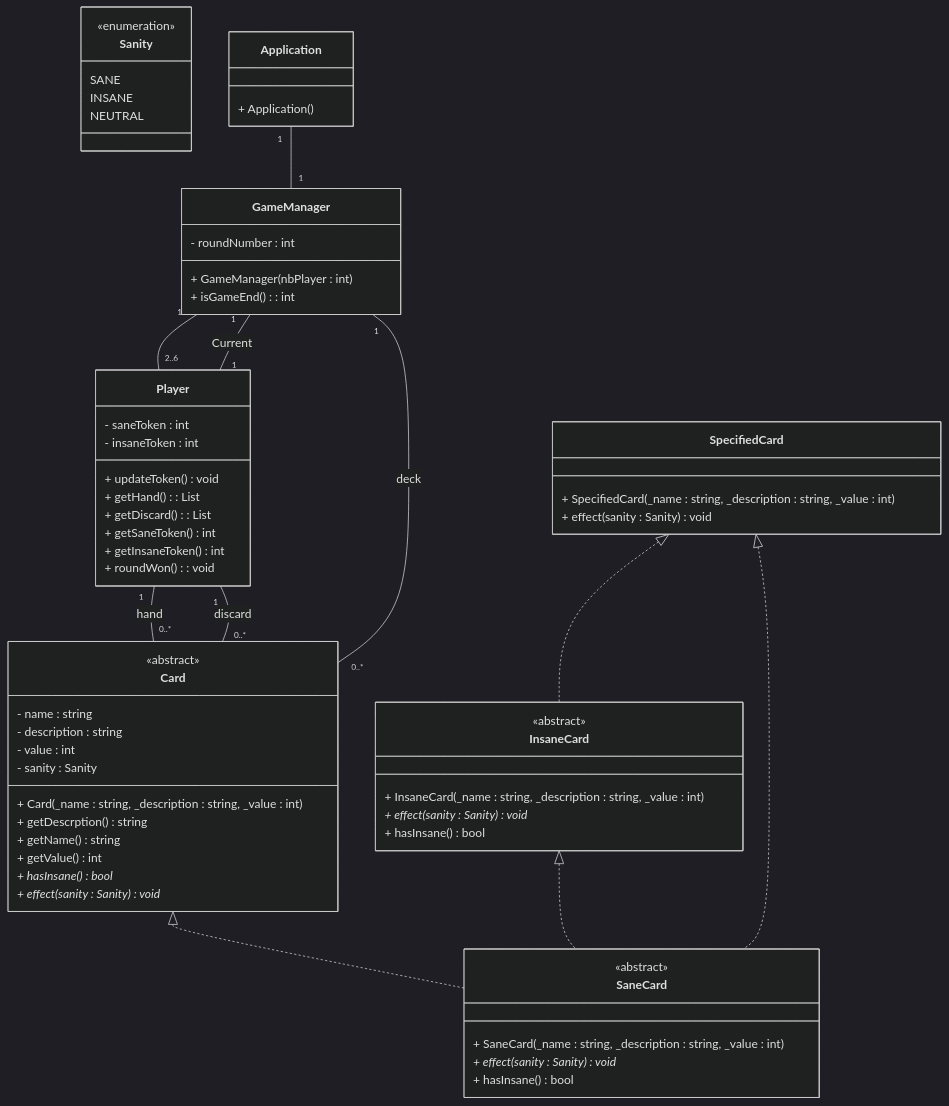
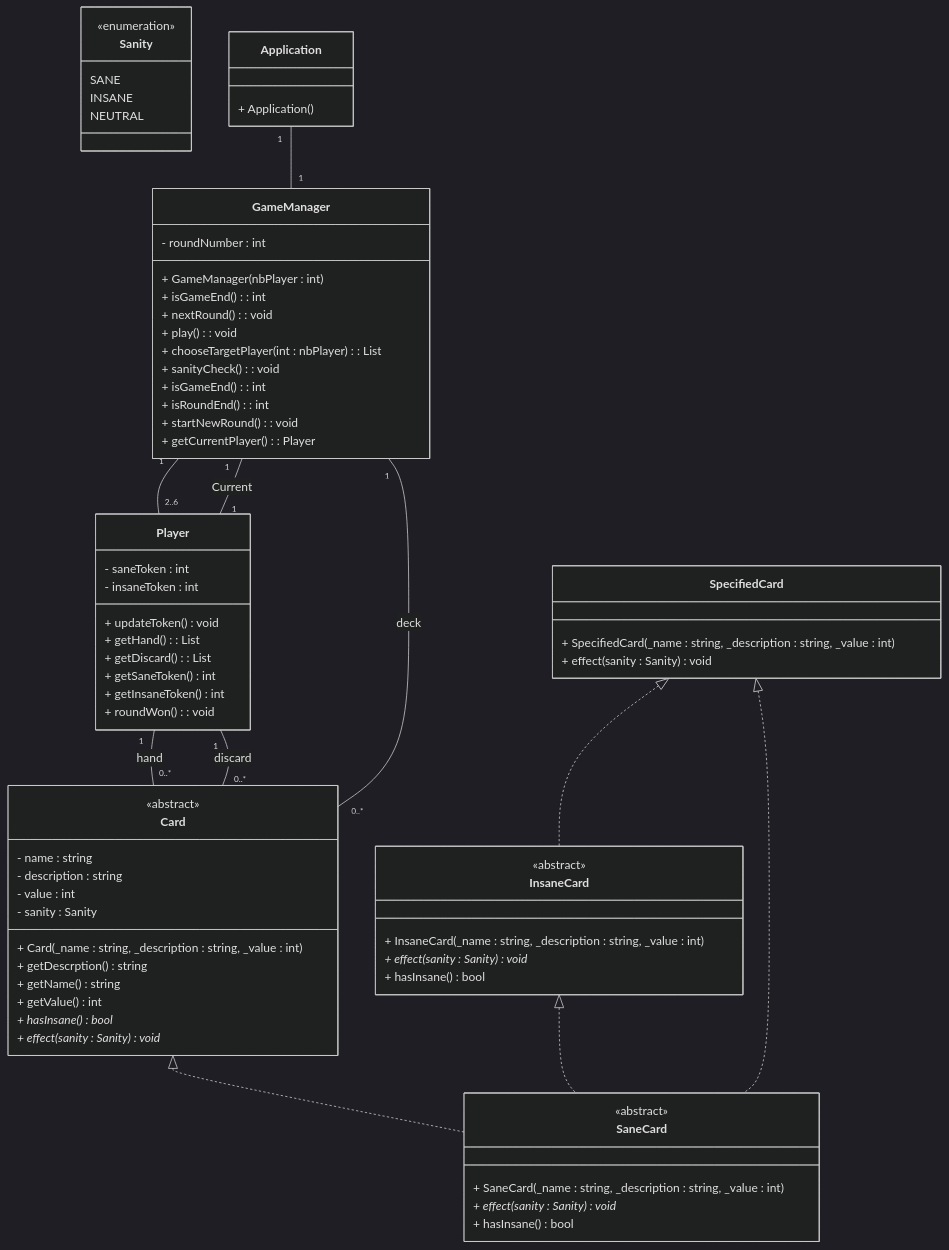
The diagram in docs/uml.mmd (Marsevil/LovecraftLetter_IA), drawn with Mermaid (dark theme) before and after one commit. The commit also changed 5 other files, not shown here.

First line of the commit message:
docs(*): Update uml diagram & Change function hasInsane to Static.

```diff
--- a/docs/uml.mmd
+++ b/docs/uml.mmd
@@ -1,75 +1,83 @@
 classDiagram
     class Sanity {
     <<enumeration>>
         SANE
         INSANE
         NEUTRAL
     }
 
     class Card {
     <<abstract>>
         - name : string
         - description : string
         - value : int
         - sanity : Sanity
 
         + Card(_name : string, _description : string, _value : int)
         + getDescrption() string
         + getName() string
         + getValue() int
         + hasInsane()* bool
         + effect(sanity : Sanity)* void
     }
 
     class SaneCard {
     <<abstract>>
         + SaneCard(_name : string, _description : string, _value : int)
         + effect(sanity : Sanity)* void
         + hasInsane() bool
     }
 
     class InsaneCard {
     <<abstract>>
         + InsaneCard(_name : string, _description : string, _value : int)
         + effect(sanity : Sanity)* void
         + hasInsane() bool
     }
 
     class SpecifiedCard {
         + SpecifiedCard(_name : string, _description : string, _value : int)
         + effect(sanity : Sanity) void
     }
 
     class GameManager {
         - roundNumber : int
 
         + GameManager(nbPlayer : int)
         + isGameEnd() : int
+        + nextRound() : void
+        + play() : void
+        + chooseTargetPlayer(int : nbPlayer) : List<Player>
+        + sanityCheck() : void
+        + isGameEnd() : int
+        + isRoundEnd() : int
+        + startNewRound() : void
+        + getCurrentPlayer() : Player
     }
 
     class Player {
         - saneToken : int
         - insaneToken : int
 
         + updateToken() void
         + getHand() : List<Card>
         + getDiscard() : List<Card>
         + getSaneToken() int
         + getInsaneToken() int
         + roundWon() : void
     }
 
     class Application {
         + Application()
     }
 
     Card <|.. SaneCard
     InsaneCard <|.. SaneCard
     SpecifiedCard <|.. SaneCard
     SpecifiedCard <|.. InsaneCard
     Player "1" -- "0..*" Card : hand
     Player "1" -- "0..*" Card : discard
     GameManager "1" -- "0..*" Card : deck
     GameManager "1" -- "2..6" Player
     GameManager "1" -- "1" Player : Current
     Application "1" -- "1" GameManager
```
